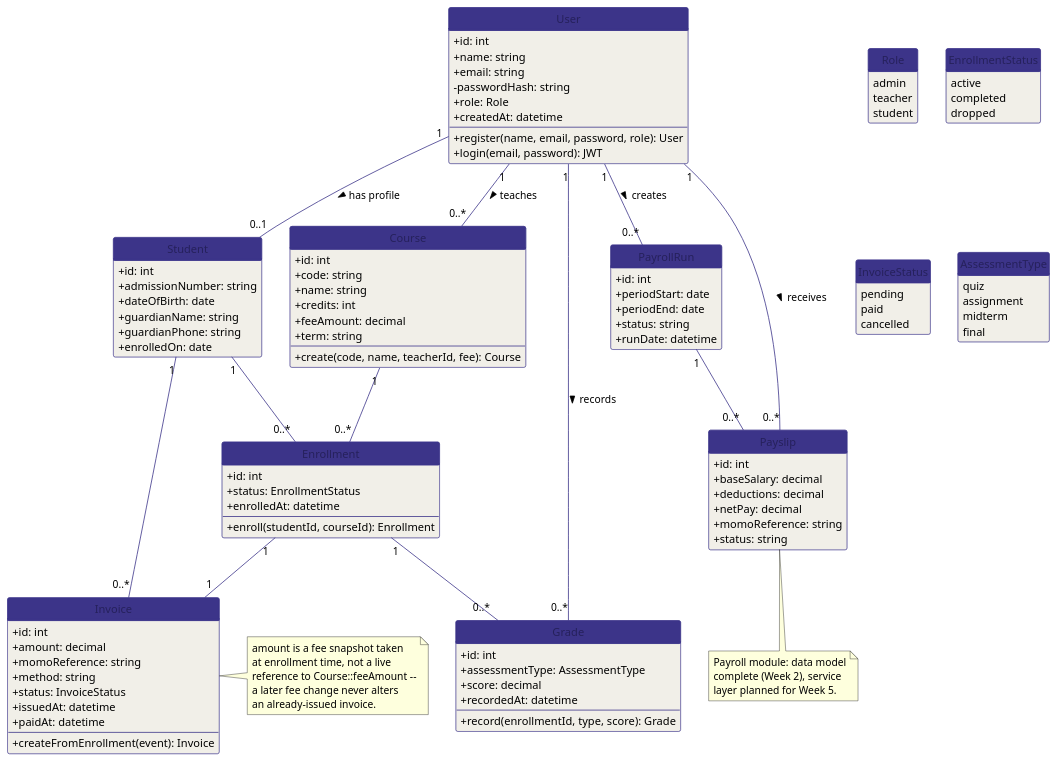
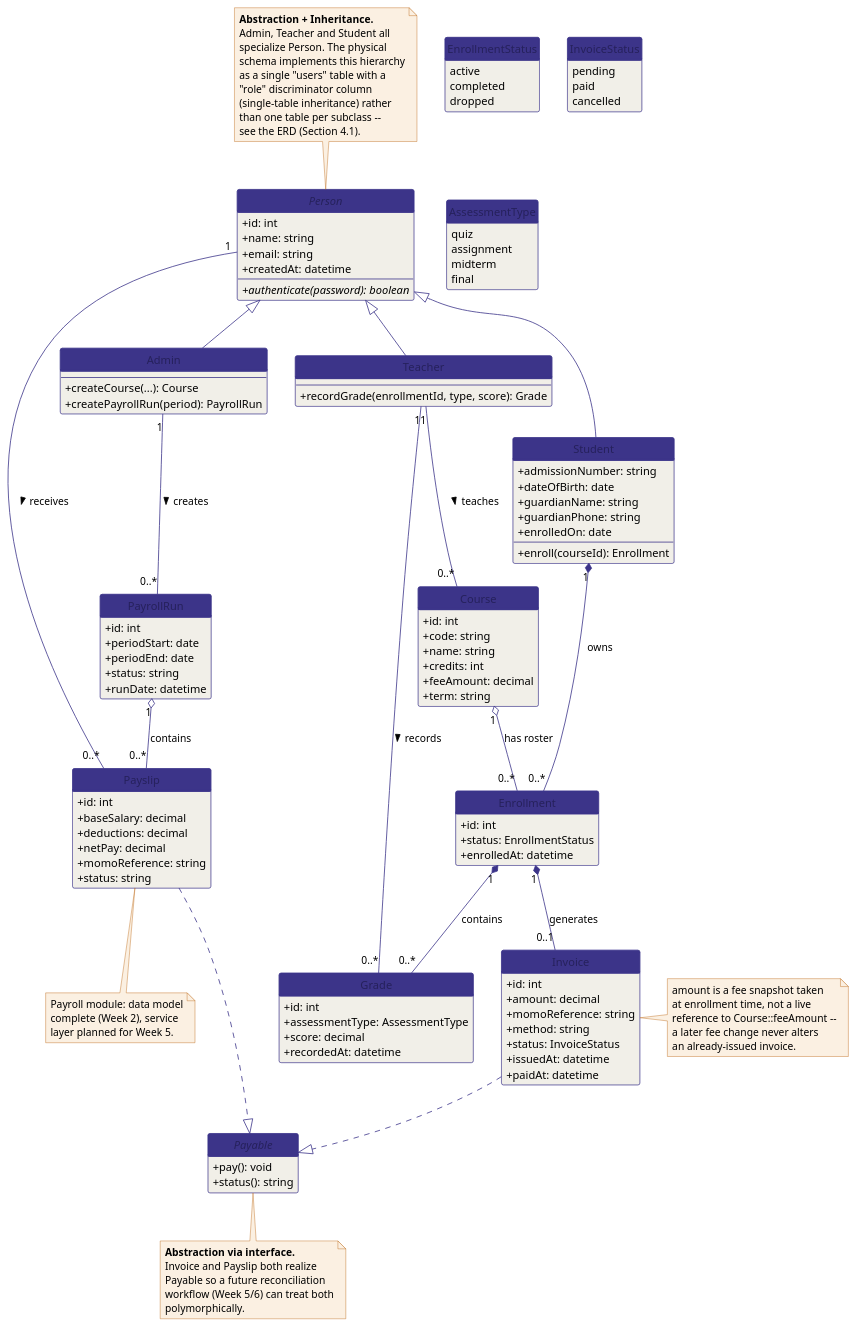
The diagram in documentation/figures/smartschool/02_class.puml (Suraku237/MarketFlow), drawn with PlantUML before and after one commit. The commit also changed 18 other files, not shown here.

Commit message:
fixing the diagrams and arranging the documentation -----------

```diff
--- a/documentation/figures/smartschool/02_class.puml
+++ b/documentation/figures/smartschool/02_class.puml
@@ -1,145 +1,183 @@
 @startuml 02_class
 skinparam backgroundColor white
 skinparam shadowing false
 skinparam defaultFontName Helvetica
 skinparam classAttributeIconSize 0
 skinparam class {
   BackgroundColor #F1EFE8
   BorderColor #3C3489
   ArrowColor #3C3489
   FontColor #26215C
   HeaderBackgroundColor #3C3489
 }
+skinparam note {
+  BackgroundColor #FBF0E2
+  BorderColor #B75E09
+}
 hide circle
 hide empty members
 
-enum Role {
-  admin
-  teacher
-  student
-}
-
+' ---------- Enumerations (value types, not modelled via inheritance) ----------
 enum EnrollmentStatus {
   active
   completed
   dropped
 }
 
 enum InvoiceStatus {
   pending
   paid
   cancelled
 }
 
 enum AssessmentType {
   quiz
   assignment
   midterm
   final
 }
 
-class User {
+' ---------- Abstraction: abstract base class + interface ----------
+abstract class Person {
   +id: int
   +name: string
   +email: string
-  -passwordHash: string
-  +role: Role
   +createdAt: datetime
   --
-  +register(name, email, password, role): User
-  +login(email, password): JWT
+  +{abstract} authenticate(password): boolean
+}
+
+interface Payable {
+  +pay(): void
+  +status(): string
+}
+
+' ---------- Inheritance ----------
+class Admin {
+  --
+  +createCourse(...): Course
+  +createPayrollRun(period): PayrollRun
+}
+
+class Teacher {
+  --
+  +recordGrade(enrollmentId, type, score): Grade
 }
 
 class Student {
-  +id: int
   +admissionNumber: string
   +dateOfBirth: date
   +guardianName: string
   +guardianPhone: string
   +enrolledOn: date
+  --
+  +enroll(courseId): Enrollment
 }
 
+Person <|-- Admin
+Person <|-- Teacher
+Person <|-- Student
+
+' ---------- Plain classes ----------
 class Course {
   +id: int
   +code: string
   +name: string
   +credits: int
   +feeAmount: decimal
   +term: string
-  --
-  +create(code, name, teacherId, fee): Course
 }
 
 class Enrollment {
   +id: int
   +status: EnrollmentStatus
   +enrolledAt: datetime
-  --
-  +enroll(studentId, courseId): Enrollment
 }
 
 class Grade {
   +id: int
   +assessmentType: AssessmentType
   +score: decimal
   +recordedAt: datetime
-  --
-  +record(enrollmentId, type, score): Grade
 }
 
 class Invoice {
   +id: int
   +amount: decimal
   +momoReference: string
   +method: string
   +status: InvoiceStatus
   +issuedAt: datetime
   +paidAt: datetime
-  --
-  +createFromEnrollment(event): Invoice
 }
 
 class PayrollRun {
   +id: int
   +periodStart: date
   +periodEnd: date
   +status: string
   +runDate: datetime
 }
 
 class Payslip {
   +id: int
   +baseSalary: decimal
   +deductions: decimal
   +netPay: decimal
   +momoReference: string
   +status: string
 }
 
-User "1" -- "0..1" Student : has profile >
-User "1" -- "0..*" Course : teaches >
-User "1" -- "0..*" Grade : records >
-User "1" -- "0..*" PayrollRun : creates >
-User "1" -- "0..*" Payslip : receives >
+' ---------- Abstraction: realization ----------
+Invoice ..|> Payable
+Payslip ..|> Payable
 
-Student "1" -- "0..*" Enrollment
-Course "1" -- "0..*" Enrollment
-Enrollment "1" -- "0..*" Grade
-Student "1" -- "0..*" Invoice
-Enrollment "1" -- "1" Invoice
-PayrollRun "1" -- "0..*" Payslip
+' ---------- Associations ----------
+Teacher  "1" --  "0..*" Course     : teaches >
+Teacher  "1" --  "0..*" Grade      : records >
+Admin    "1" --  "0..*" PayrollRun : creates >
+Person   "1" --  "0..*" Payslip    : receives >
+
+' ---------- Composition (filled diamond -- part cannot outlive the whole) ----------
+Student    "1" *-- "0..*" Enrollment : owns
+Enrollment "1" *-- "0..*" Grade      : contains
+Enrollment "1" *-- "0..1" Invoice    : generates
+
+' ---------- Aggregation (hollow diamond -- part can exist / be reassigned independently) ----------
+Course     "1" o-- "0..*" Enrollment : has roster
+PayrollRun "1" o-- "0..*" Payslip    : contains
+
+note top of Person
+  <b>Abstraction + Inheritance.</b>
+  Admin, Teacher and Student all
+  specialize Person. The physical
+  schema implements this hierarchy
+  as a single "users" table with a
+  "role" discriminator column
+  (single-table inheritance) rather
+  than one table per subclass --
+  see the ERD (Section 4.1).
+end note
+
+note bottom of Payable
+  <b>Abstraction via interface.</b>
+  Invoice and Payslip both realize
+  Payable so a future reconciliation
+  workflow (Week 5/6) can treat both
+  polymorphically.
+end note
 
 note right of Invoice
   amount is a fee snapshot taken
   at enrollment time, not a live
   reference to Course::feeAmount --
   a later fee change never alters
   an already-issued invoice.
 end note
 
 note bottom of Payslip
   Payroll module: data model
   complete (Week 2), service
   layer planned for Week 5.
 end note
 @enduml
```
